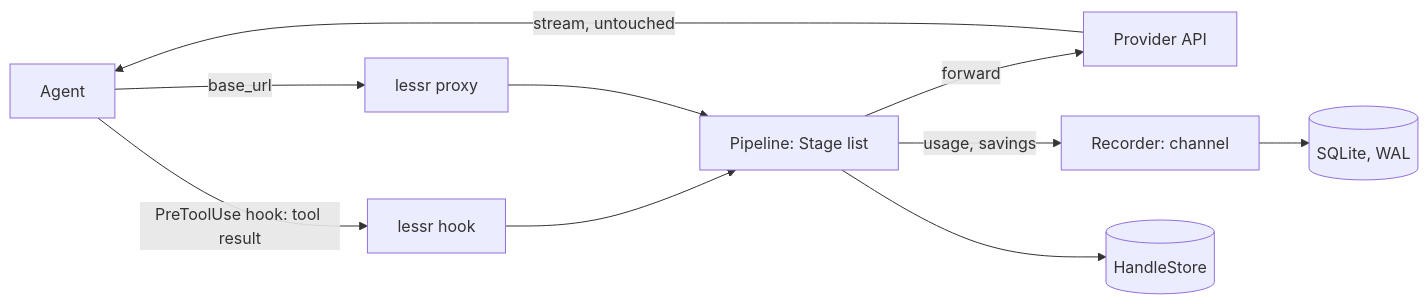
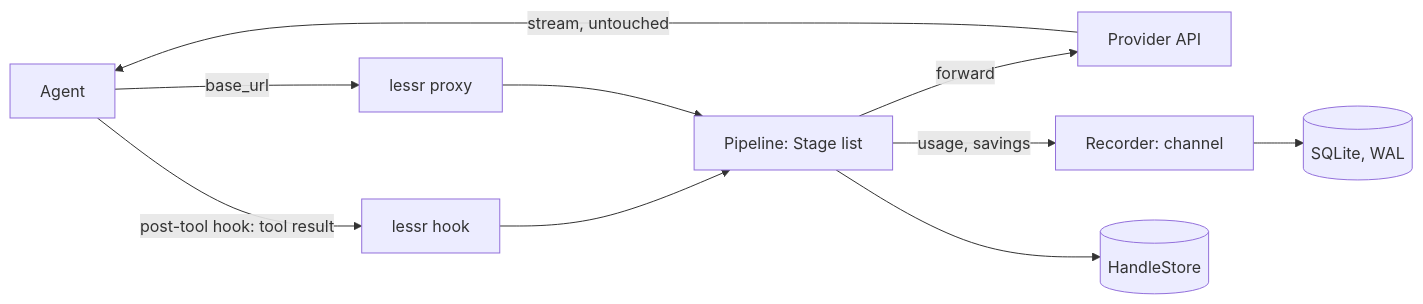
The diagram in docs/ARCHITECTURE.md (cloudwish-org/lessr), drawn with Mermaid before and after one commit. The commit also changed other lines of this file and 2 other files, not shown here.

First line of the commit message:
docs: correct the hook contract, and which agents can carry one

````diff
--- a/docs/ARCHITECTURE.md
+++ b/docs/ARCHITECTURE.md
@@ -5,12 +5,12 @@
 ```mermaid
 flowchart LR
-  A[Agent] -->|PreToolUse hook: tool result| H[lessr hook]
+  A[Agent] -->|post-tool hook: tool result| H[lessr hook]
   A -->|base_url| P[lessr proxy]
   H --> PL[Pipeline: Stage list]
   P --> PL
   PL -->|forward| API[Provider API]
   API -->|stream, untouched| A
   PL -->|usage, savings| R[Recorder: channel]
   R --> DB[(SQLite, WAL)]
   PL --> HS[(HandleStore)]
 ```
````
